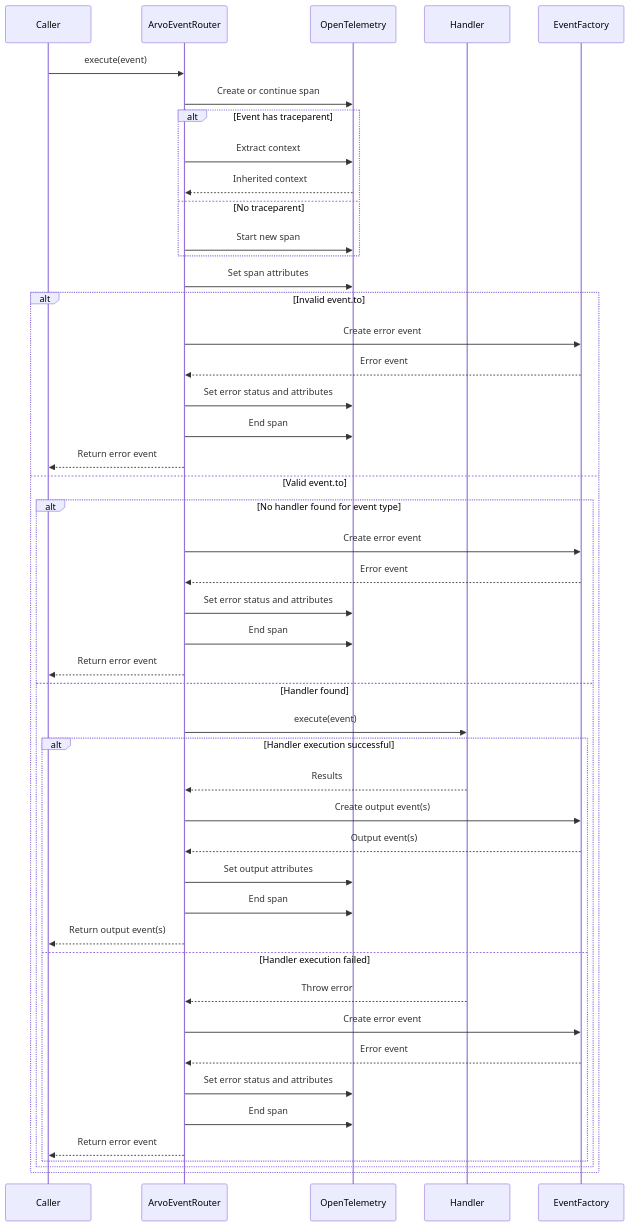
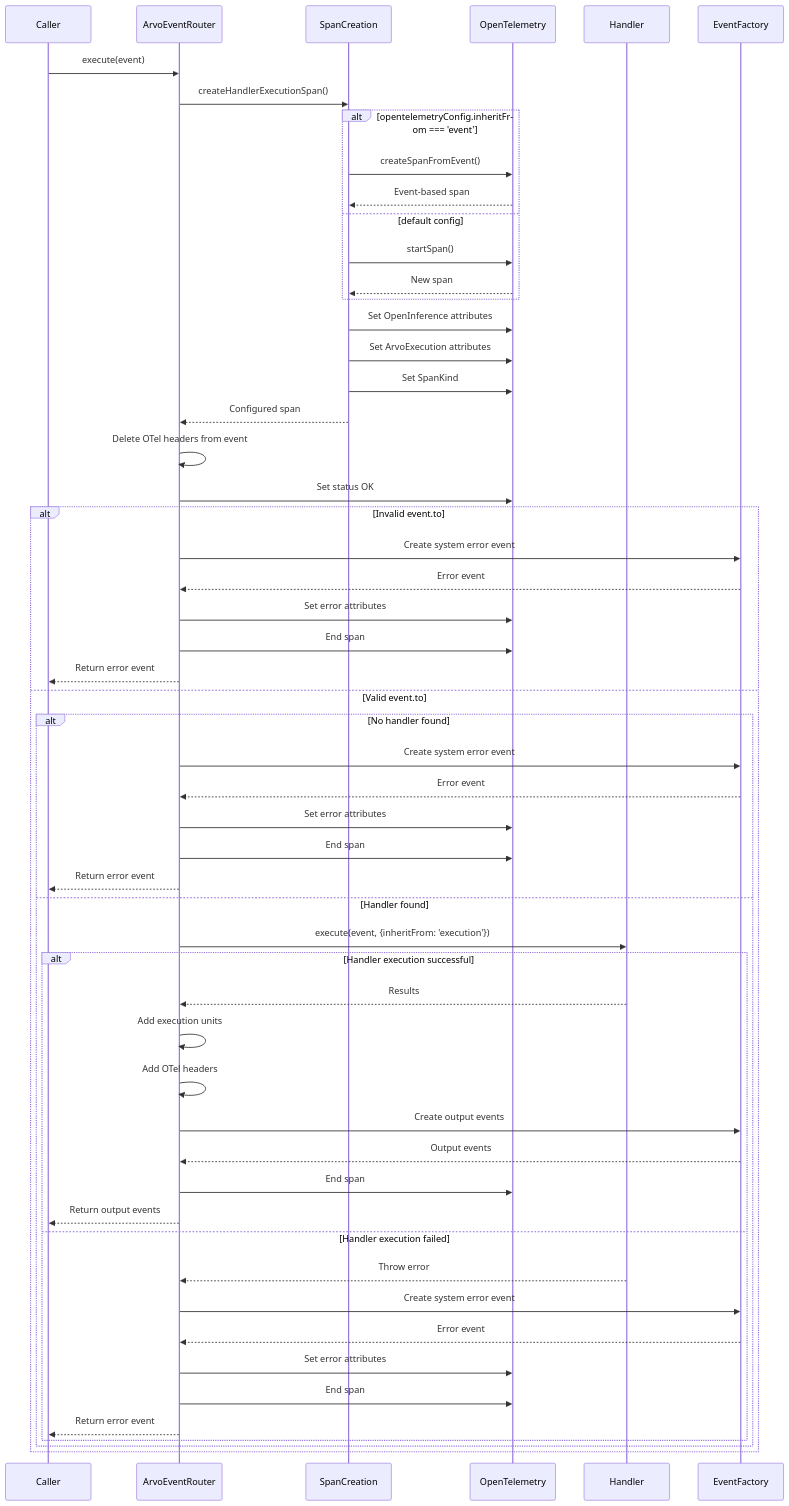
One commit to SaadAhmad123/arvo-event-handler changed the second of 2 diagrams in src/ArvoEventRouter/ExecutionDiagrams.md. Above: the diagram before and after it, drawn with Mermaid. The commit also changed other lines of this file and 8 other files, not shown here.

````diff
--- a/src/ArvoEventRouter/ExecutionDiagrams.md
+++ b/src/ArvoEventRouter/ExecutionDiagrams.md
@@ -63,55 +90,64 @@
 ```mermaid
 sequenceDiagram
     participant Caller
-    participant ArvoEventRouter
-    participant OpenTelemetry
+    participant Router as ArvoEventRouter
+    participant Span as SpanCreation
+    participant OTel as OpenTelemetry
     participant Handler
-    participant EventFactory
+    participant Factory as EventFactory
 
-    Caller->>ArvoEventRouter: execute(event)
+    Caller->>Router: execute(event)
+    
+    Router->>Span: createHandlerExecutionSpan()
+    
+    alt opentelemetryConfig.inheritFrom === 'event'
+        Span->>OTel: createSpanFromEvent()
+        OTel-->>Span: Event-based span
+    else default config
+        Span->>OTel: startSpan()
+        OTel-->>Span: New span
+    end
+    
+    Span->>OTel: Set OpenInference attributes
+    Span->>OTel: Set ArvoExecution attributes
+    Span->>OTel: Set SpanKind
+    Span-->>Router: Configured span
 
-    ArvoEventRouter->>OpenTelemetry: Create or continue span
-
-    alt Event has traceparent
-        ArvoEventRouter->>OpenTelemetry: Extract context
-        OpenTelemetry-->>ArvoEventRouter: Inherited context
-    else No traceparent
-        ArvoEventRouter->>OpenTelemetry: Start new span
-    end
-
-    ArvoEventRouter->>OpenTelemetry: Set span attributes
+    Router->>Router: Delete OTel headers from event
+    Router->>OTel: Set status OK
 
     alt Invalid event.to
-        ArvoEventRouter->>EventFactory: Create error event
-        EventFactory-->>ArvoEventRouter: Error event
-        ArvoEventRouter->>OpenTelemetry: Set error status and attributes
-        ArvoEventRouter->>OpenTelemetry: End span
-        ArvoEventRouter-->>Caller: Return error event
+        Router->>Factory: Create system error event
+        Factory-->>Router: Error event
+        Router->>OTel: Set error attributes
+        Router->>OTel: End span
+        Router-->>Caller: Return error event
     else Valid event.to
-        alt No handler found for event type
-            ArvoEventRouter->>EventFactory: Create error event
-            EventFactory-->>ArvoEventRouter: Error event
-            ArvoEventRouter->>OpenTelemetry: Set error status and attributes
-            ArvoEventRouter->>OpenTelemetry: End span
-            ArvoEventRouter-->>Caller: Return error event
+        alt No handler found
+            Router->>Factory: Create system error event
+            Factory-->>Router: Error event
+            Router->>OTel: Set error attributes
+            Router->>OTel: End span
+            Router-->>Caller: Return error event
         else Handler found
-            ArvoEventRouter->>Handler: execute(event)
-
+            Router->>Handler: execute(event, {inheritFrom: 'execution'})
+            
             alt Handler execution successful
-                Handler-->>ArvoEventRouter: Results
-                ArvoEventRouter->>EventFactory: Create output event(s)
-                EventFactory-->>ArvoEventRouter: Output event(s)
-                ArvoEventRouter->>OpenTelemetry: Set output attributes
-                ArvoEventRouter->>OpenTelemetry: End span
-                ArvoEventRouter-->>Caller: Return output event(s)
+                Handler-->>Router: Results
+                Router->>Router: Add execution units
+                Router->>Router: Add OTel headers
+                Router->>Factory: Create output events
+                Factory-->>Router: Output events
+                Router->>OTel: End span
+                Router-->>Caller: Return output events
             else Handler execution failed
-                Handler-->>ArvoEventRouter: Throw error
-                ArvoEventRouter->>EventFactory: Create error event
-                EventFactory-->>ArvoEventRouter: Error event
-                ArvoEventRouter->>OpenTelemetry: Set error status and attributes
-                ArvoEventRouter->>OpenTelemetry: End span
-                ArvoEventRouter-->>Caller: Return error event
+                Handler-->>Router: Throw error
+                Router->>Factory: Create system error event
+                Factory-->>Router: Error event
+                Router->>OTel: Set error attributes
+                Router->>OTel: End span
+                Router-->>Caller: Return error event
             end
         end
     end
 ```
````
